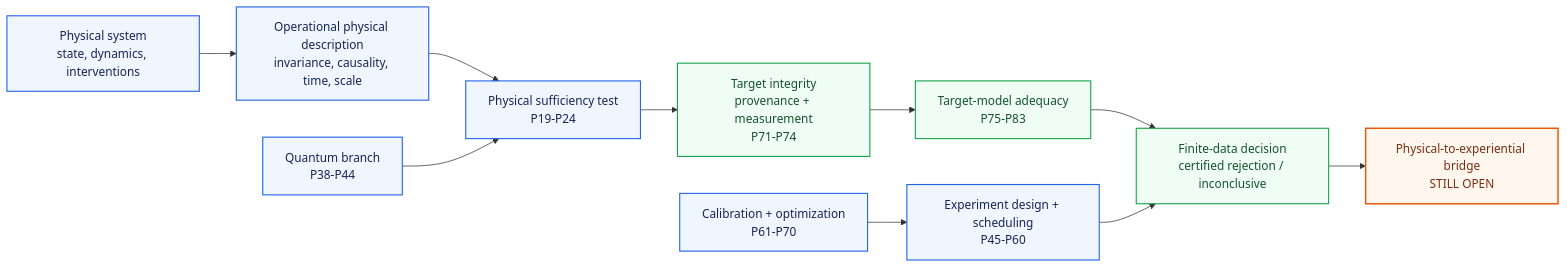
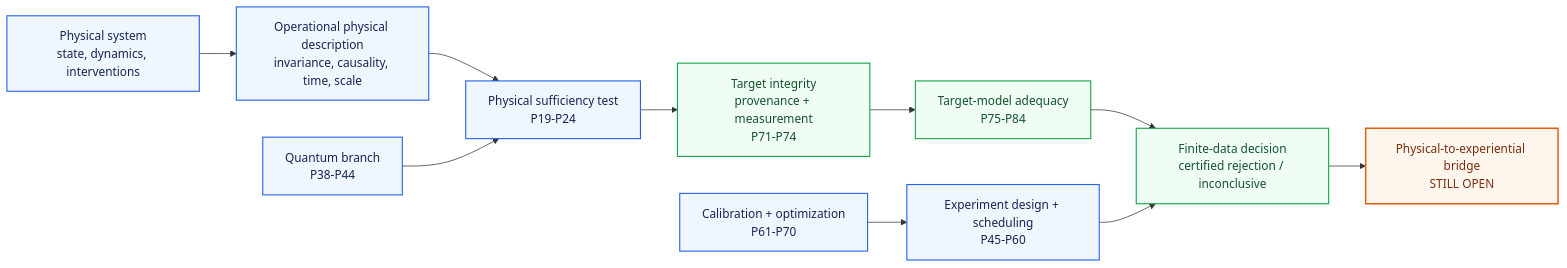
The diagram in START_HERE.md (MahsaKeikha/mathematical-consciousness-bridge), drawn with Mermaid before and after one commit. The commit also changed other lines of this file and 19 other files, not shown here.

````diff
--- a/START_HERE.md
+++ b/START_HERE.md
@@ -19,20 +19,20 @@
 ```mermaid
 flowchart LR
     A[Physical system\nstate, dynamics, interventions] --> B[Operational physical description\ninvariance, causality, time, scale]
     B --> C[Physical sufficiency test\nP19-P24]
     C --> D[Target integrity\nprovenance + measurement\nP71-P74]
-    D --> E[Target-model adequacy\nP75-P83]
+    D --> E[Target-model adequacy\nP75-P84]
     E --> F[Finite-data decision\ncertified rejection / inconclusive]
     F --> G[Physical-to-experiential bridge\nSTILL OPEN]
 
     H[Quantum branch\nP38-P44] --> C
     I[Experiment design + scheduling\nP45-P60] --> F
     J[Calibration + optimization\nP61-P70] --> I
 
     classDef open fill:#fff7ed,stroke:#ea580c,stroke-width:2px,color:#7c2d12;
     classDef core fill:#eff6ff,stroke:#2563eb,stroke-width:1.5px,color:#172554;
     classDef target fill:#f0fdf4,stroke:#16a34a,stroke-width:1.5px,color:#14532d;
     class A,B,C,H,I,J core;
     class D,E,F target;
     class G open;
 ```
````
